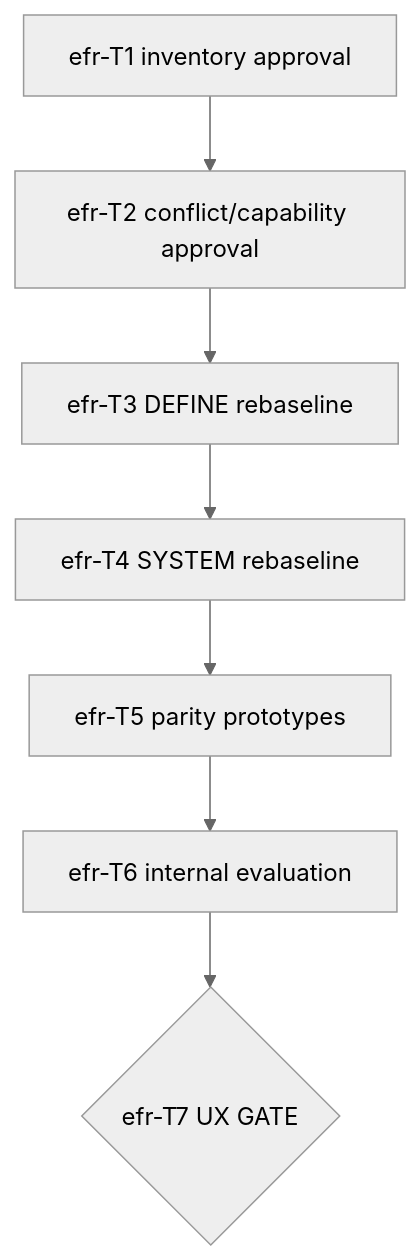
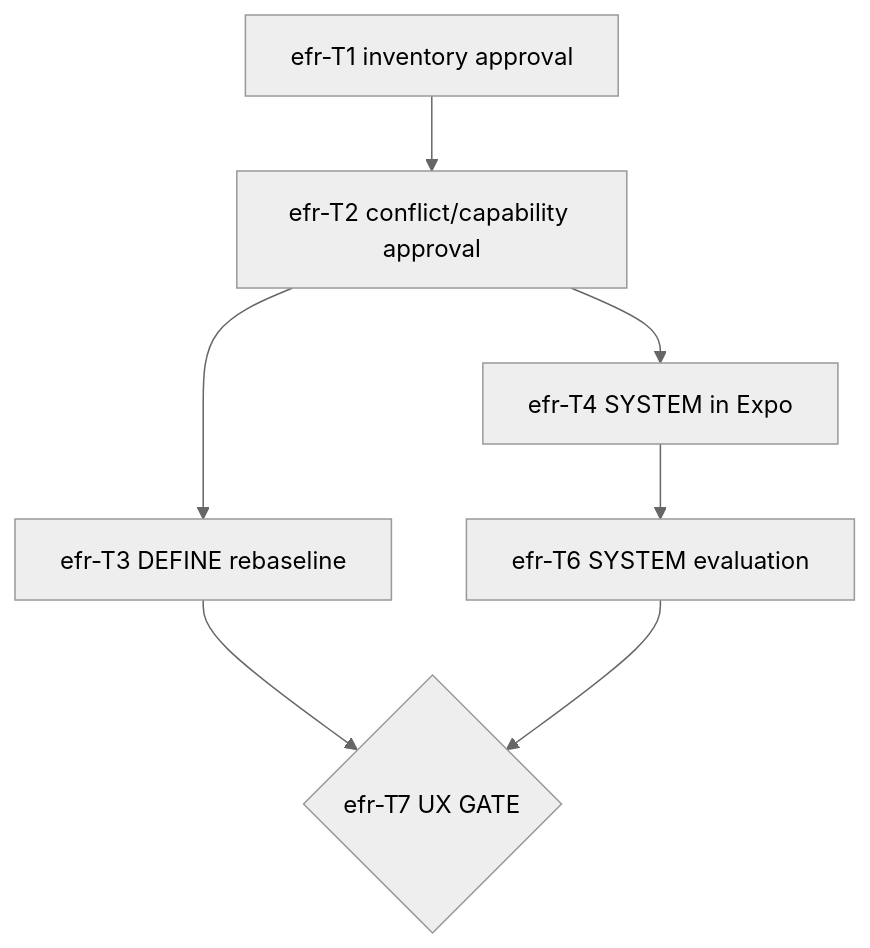
The first of 2 diagrams in docs/plans/experience-foundation.md (KurbatovIvann/showzy-v2), drawn with Mermaid (neutral theme) before and after one commit. The commit also changed other lines of this file and 14 other files, not shown here.

````diff
--- a/docs/plans/experience-foundation.md
+++ b/docs/plans/experience-foundation.md
@@ -104,9 +108,9 @@
 ```mermaid
 flowchart TD
   T1["efr-T1 inventory approval"] --> T2["efr-T2 conflict/capability approval"]
   T2 --> T3["efr-T3 DEFINE rebaseline"]
-  T3 --> T4["efr-T4 SYSTEM rebaseline"]
-  T4 --> T5["efr-T5 parity prototypes"]
-  T5 --> T6["efr-T6 internal evaluation"]
-  T6 --> T7{"efr-T7 UX GATE"}
+  T2 --> T4["efr-T4 SYSTEM in Expo"]
+  T4 --> T6["efr-T6 SYSTEM evaluation"]
+  T3 --> T7{"efr-T7 UX GATE"}
+  T6 --> T7
 ```
````
